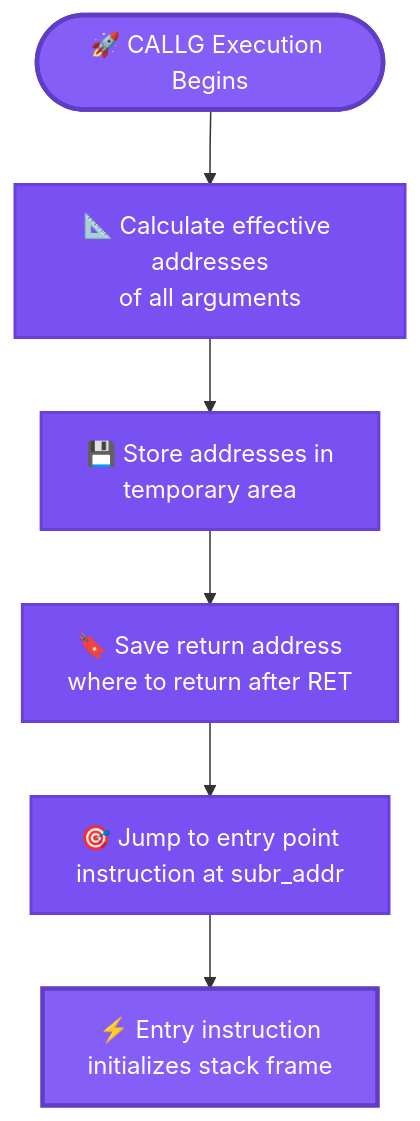
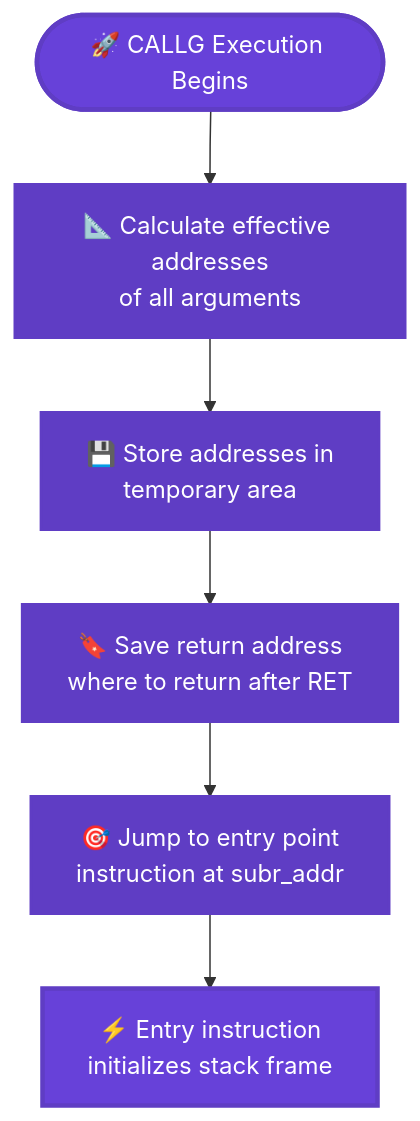
Before and after one commit to RetroCoreLabs/nd500x: the eighth of 25 diagrams in docs/CALL_and_ENTRY_Points_Explained.md, drawn with Mermaid. The commit also changed other lines of this file, not shown here.

First line of the commit message:
docs: Make Mermaid diagrams WCAG 2.1 Level AA compliant (EAA 2025)

````diff
--- a/docs/CALL_and_ENTRY_Points_Explained.md
+++ b/docs/CALL_and_ENTRY_Points_Explained.md
@@ -293,16 +293,16 @@
 ```mermaid
 flowchart TD
     Start([🚀 CALLG Execution Begins]) --> Step1
     Step1[📐 Calculate effective addresses<br/>of all arguments] --> Step2
     Step2[💾 Store addresses in<br/>temporary area] --> Step3
     Step3[🔖 Save return address<br/>where to return after RET] --> Step4
     Step4[🎯 Jump to entry point<br/>instruction at subr_addr] --> Step5
     Step5[⚡ Entry instruction<br/>initializes stack frame]
 
-    style Start fill:#845ef7,stroke:#5f3dc4,stroke-width:3px,color:#fff
-    style Step1 fill:#7950f2,stroke:#6741d9,stroke-width:2px,color:#fff
-    style Step2 fill:#7950f2,stroke:#6741d9,stroke-width:2px,color:#fff
-    style Step3 fill:#7950f2,stroke:#6741d9,stroke-width:2px,color:#fff
-    style Step4 fill:#7950f2,stroke:#6741d9,stroke-width:2px,color:#fff
-    style Step5 fill:#845ef7,stroke:#5f3dc4,stroke-width:3px,color:#fff
+    style Start fill:#6741d9,stroke:#5f3dc4,stroke-width:3px,color:#fff
+    style Step1 fill:#5f3dc4,stroke:#5f3dc4,stroke-width:2px,color:#fff
+    style Step2 fill:#5f3dc4,stroke:#5f3dc4,stroke-width:2px,color:#fff
+    style Step3 fill:#5f3dc4,stroke:#5f3dc4,stroke-width:2px,color:#fff
+    style Step4 fill:#5f3dc4,stroke:#5f3dc4,stroke-width:2px,color:#fff
+    style Step5 fill:#6741d9,stroke:#5f3dc4,stroke-width:3px,color:#fff
 ```
````
